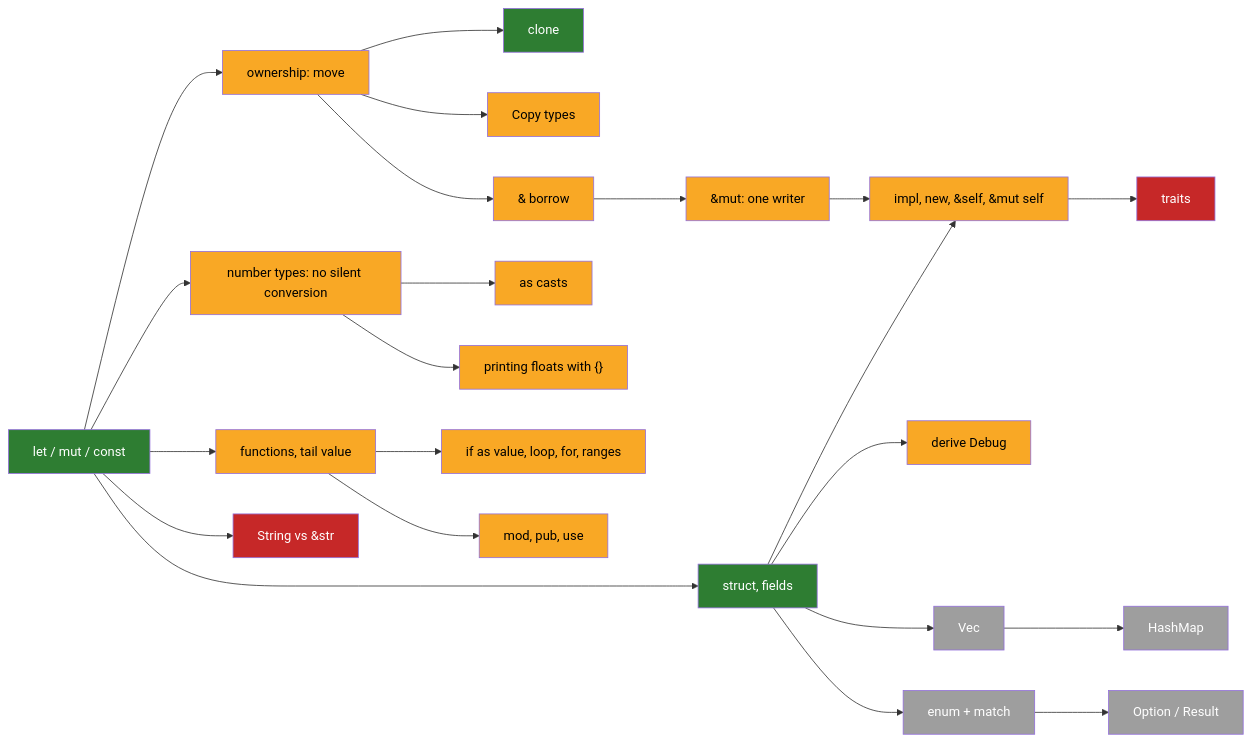
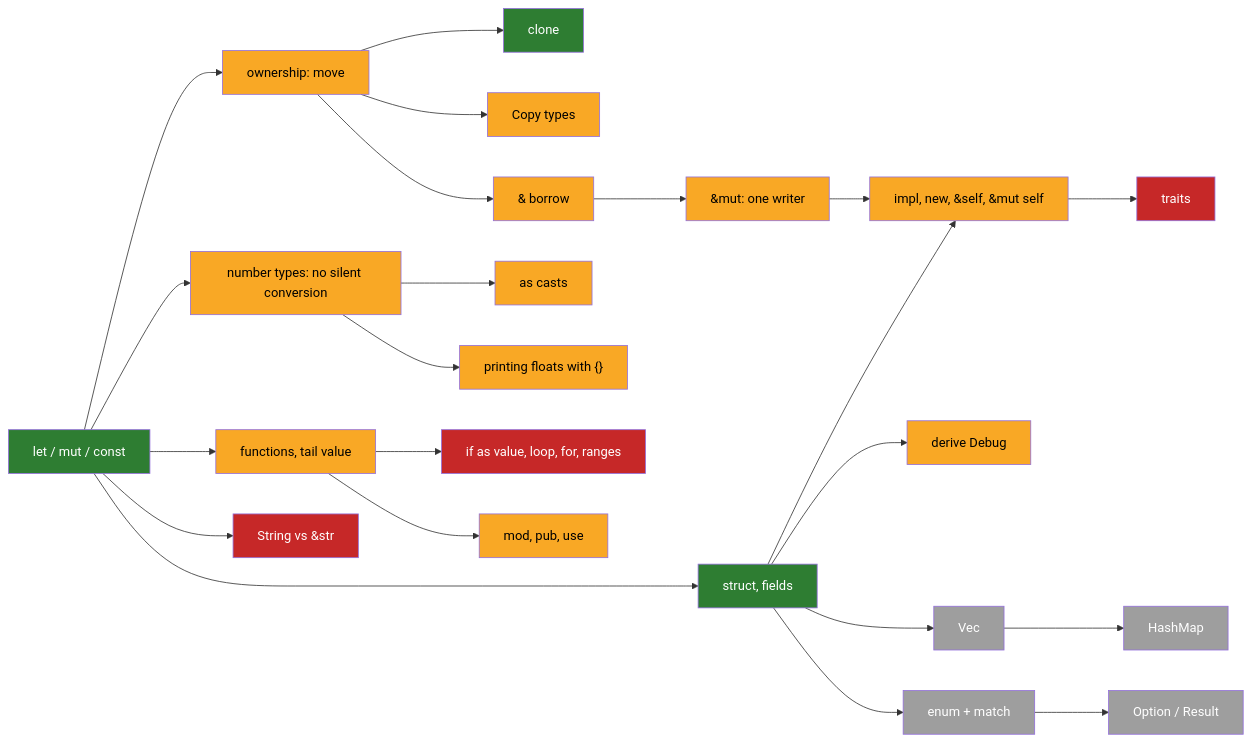
The diagram in notes/GRAPH.md (Dinesh417G/learn_rust), drawn with Mermaid before and after one commit. The commit also changed other lines of this file and 2 other files, not shown here.

````diff
--- a/notes/GRAPH.md
+++ b/notes/GRAPH.md
@@ -7,28 +7,28 @@
 ```mermaid
 graph LR
   var["let / mut / const"]:::s3 --> own["ownership: move"]:::s2
   var --> num["number types: no silent conversion"]:::s2
   num --> cast["as casts"]:::s2
   num --> fmt["printing floats with {}"]:::s2
   var --> fnn["functions, tail value"]:::s2
-  fnn --> flow["if as value, loop, for, ranges"]:::s2
+  fnn --> flow["if as value, loop, for, ranges"]:::s1
   var --> strs["String vs &str"]:::s1
   own --> clone["clone"]:::s3
   own --> copy["Copy types"]:::s2
   own --> bor["& borrow"]:::s2
   bor --> bmut["&mut: one writer"]:::s2
   var --> st["struct, fields"]:::s3
   st --> impl["impl, new, &self, &mut self"]:::s2
   bmut --> impl
   st --> dbg["derive Debug"]:::s2
   impl --> tr["traits"]:::s1
   st --> vec["Vec"]:::s0
   vec --> map["HashMap"]:::s0
   st --> en["enum + match"]:::s0
   en --> opt["Option / Result"]:::s0
   fnn --> modu["mod, pub, use"]:::s2
   classDef s3 fill:#2e7d32,color:#fff
   classDef s2 fill:#f9a825,color:#000
   classDef s1 fill:#c62828,color:#fff
   classDef s0 fill:#9e9e9e,color:#fff
 ```
````
